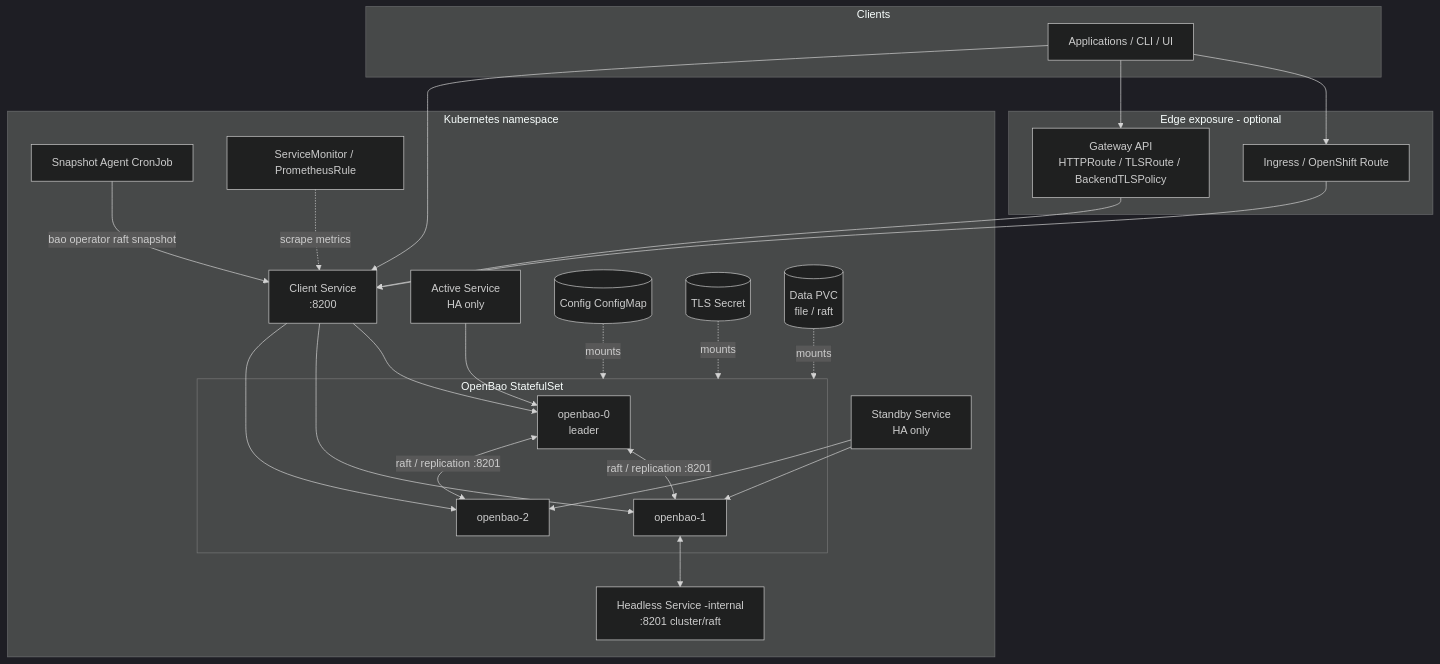
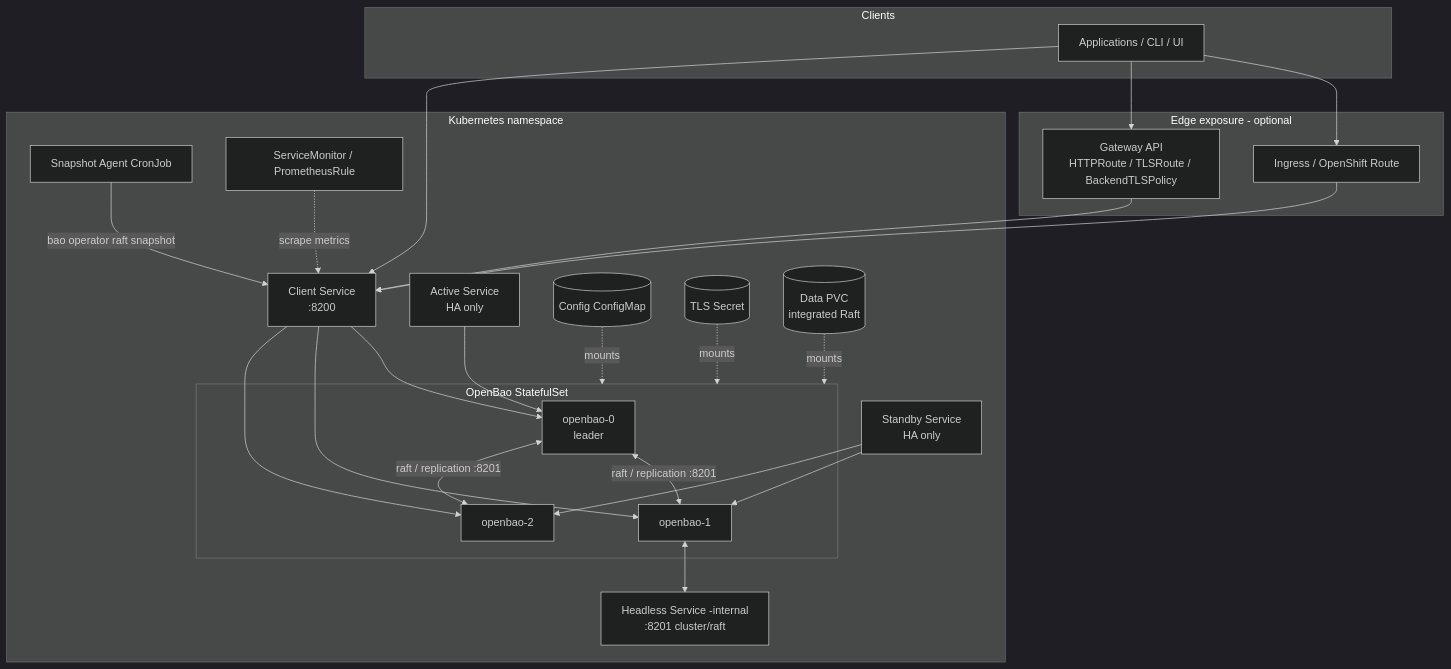
The diagram in docs/architecture.md (Netcracker/qubership-openbao), drawn with Mermaid (dark theme) before and after one commit. The commit also changed other lines of this file and 26 other files, not shown here.

````diff
--- a/docs/architecture.md
+++ b/docs/architecture.md
@@ -37,45 +38,45 @@
 ```mermaid
 flowchart TB
     subgraph clients[Clients]
       app[Applications / CLI / UI]
     end
 
     subgraph edge[Edge exposure - optional]
       ing[Ingress / OpenShift Route]
       gw[Gateway API<br/>HTTPRoute / TLSRoute / BackendTLSPolicy]
     end
 
     subgraph ns[Kubernetes namespace]
       svc[Client Service<br/>:8200]
       active[Active Service<br/>HA only]
       standby[Standby Service<br/>HA only]
       headless[Headless Service -internal<br/>:8201 cluster/raft]
 
       subgraph sts[OpenBao StatefulSet]
         p0[openbao-0<br/>leader]
         p1[openbao-1]
         p2[openbao-2]
       end
 
       cfg[(Config ConfigMap)]
       tls[(TLS Secret)]
-      pvc[(Data PVC<br/>file / raft)]
+      pvc[(Data PVC<br/>integrated Raft)]
       cron[Snapshot Agent CronJob]
       sm[ServiceMonitor / PrometheusRule]
     end
 
     app --> ing --> svc
     app --> gw --> svc
     app --> svc
     svc --> p0 & p1 & p2
     active --> p0
     standby --> p1 & p2
     p0 <-->|raft / replication :8201| p1
     p0 <-->|raft / replication :8201| p2
     p1 <--> headless
     cfg -.mounts.-> sts
     tls -.mounts.-> sts
     pvc -.mounts.-> sts
     cron -->|bao operator raft snapshot| svc
     sm -.scrape metrics.-> svc
 ```
````
